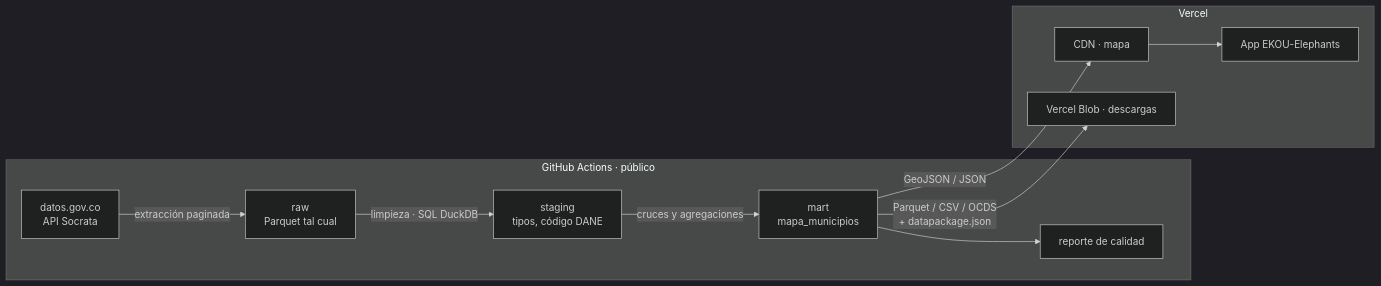
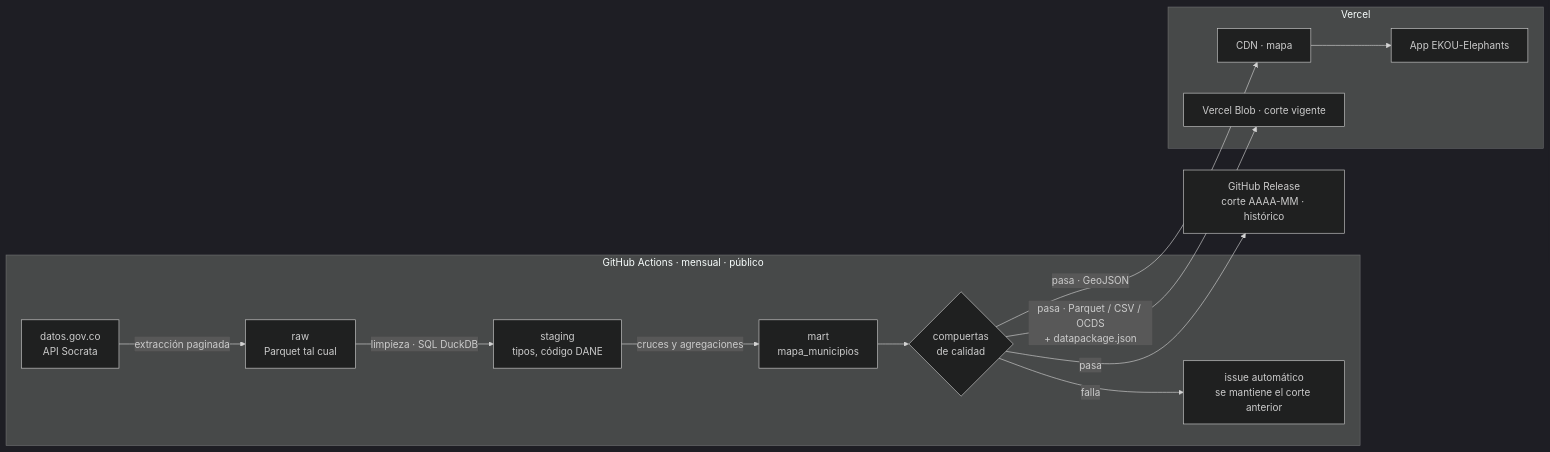
Before and after one commit to EKOU-Solutions/EKOU-Elephants: the diagram in docs/adr/0001-ingesta-de-datos.md, drawn with Mermaid (dark theme). The commit also changed other lines of this file, not shown here.

First line of the commit message:
ADR 0001: operación productiva con corte mensual

````diff
--- a/docs/adr/0001-ingesta-de-datos.md
+++ b/docs/adr/0001-ingesta-de-datos.md
@@ -115,14 +157,16 @@
 ```mermaid
 flowchart LR
-  subgraph GH[GitHub Actions · público]
+  subgraph GH[GitHub Actions · mensual · público]
     API[datos.gov.co<br/>API Socrata] -->|extracción paginada| RAW[raw<br/>Parquet tal cual]
     RAW -->|limpieza · SQL DuckDB| STG[staging<br/>tipos, código DANE]
     STG -->|cruces y agregaciones| MART[mart<br/>mapa_municipios]
-    MART --> QA[reporte de calidad]
+    MART --> QA{compuertas<br/>de calidad}
+    QA -->|falla| ISSUE[issue automático<br/>se mantiene el corte anterior]
   end
+  QA -->|pasa| REL[GitHub Release<br/>corte AAAA-MM · histórico]
   subgraph V[Vercel]
-    MART -->|GeoJSON / JSON| CDN[CDN · mapa]
-    MART -->|Parquet / CSV / OCDS<br/>+ datapackage.json| BLOB[Vercel Blob · descargas]
+    QA -->|pasa · GeoJSON| CDN[CDN · mapa]
+    QA -->|pasa · Parquet / CSV / OCDS<br/>+ datapackage.json| BLOB[Vercel Blob · corte vigente]
     CDN --> APP[App EKOU-Elephants]
   end
 ```
````
